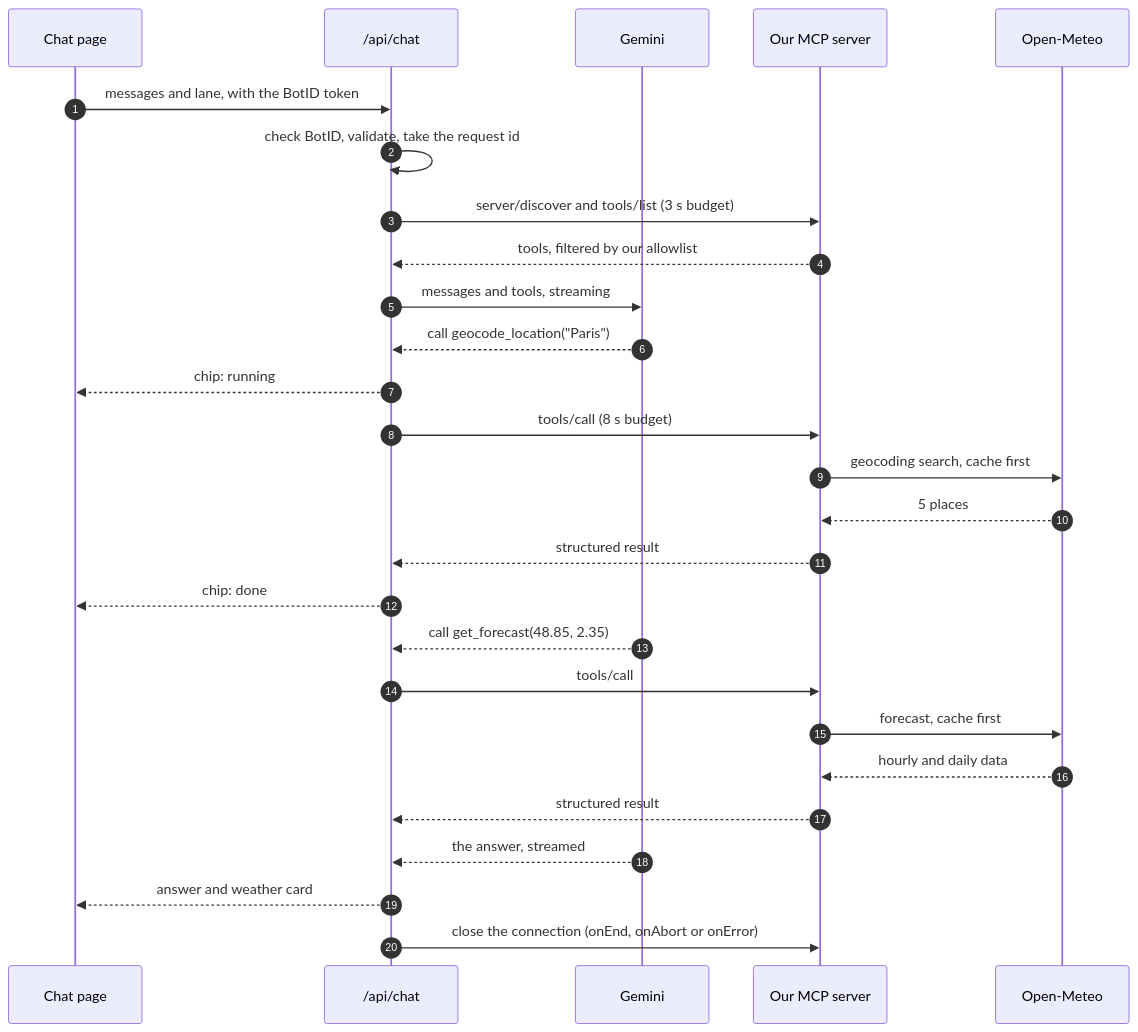
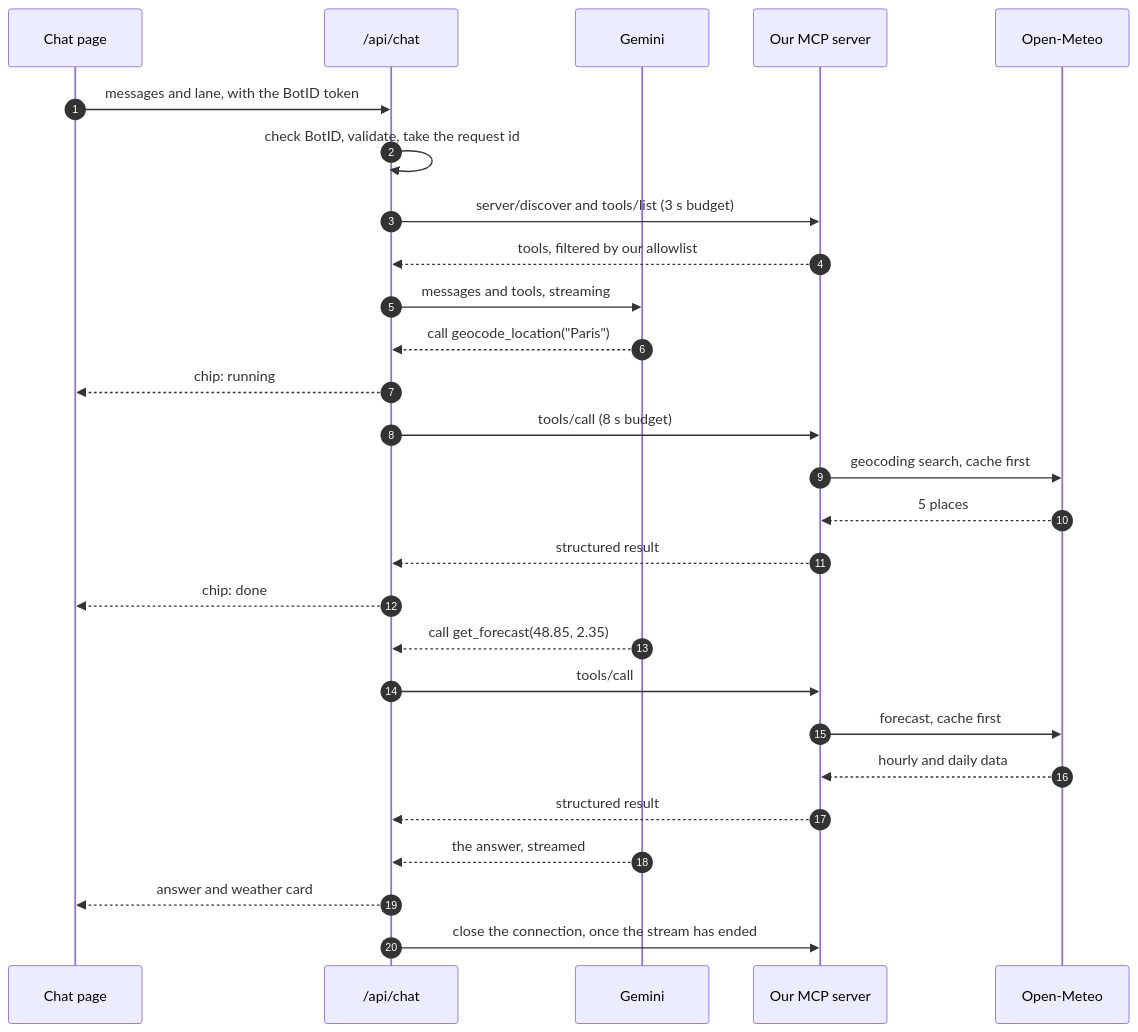
One commit to EasyLearnJava/AgenticProgramming changed the second of 2 diagrams in projects/Agentic/weather-chatbot/PLAN.md. Above: the diagram before and after it, drawn with Mermaid. The commit also changed other lines of this file and 6 other files, not shown here.

First line of the commit message:
Weather chatbot: the lane closes once the answer's stream has ended (issue 96)

````diff
--- a/projects/Agentic/weather-chatbot/PLAN.md
+++ b/projects/Agentic/weather-chatbot/PLAN.md
@@ -439,29 +439,29 @@
 ```mermaid
 sequenceDiagram
   autonumber
   participant P as Chat page
   participant R as /api/chat
   participant M as Gemini
   participant S as Our MCP server
   participant O as Open-Meteo
   P->>R: messages and lane, with the BotID token
   R->>R: check BotID, validate, take the request id
   R->>S: server/discover and tools/list (3 s budget)
   S-->>R: tools, filtered by our allowlist
   R->>M: messages and tools, streaming
   M-->>R: call geocode_location("Paris")
   R-->>P: chip: running
   R->>S: tools/call (8 s budget)
   S->>O: geocoding search, cache first
   O-->>S: 5 places
   S-->>R: structured result
   R-->>P: chip: done
   M-->>R: call get_forecast(48.85, 2.35)
   R->>S: tools/call
   S->>O: forecast, cache first
   O-->>S: hourly and daily data
   S-->>R: structured result
   M-->>R: the answer, streamed
   R-->>P: answer and weather card
-  R->>S: close the connection (onEnd, onAbort or onError)
+  R->>S: close the connection, once the stream has ended
 ```
````
